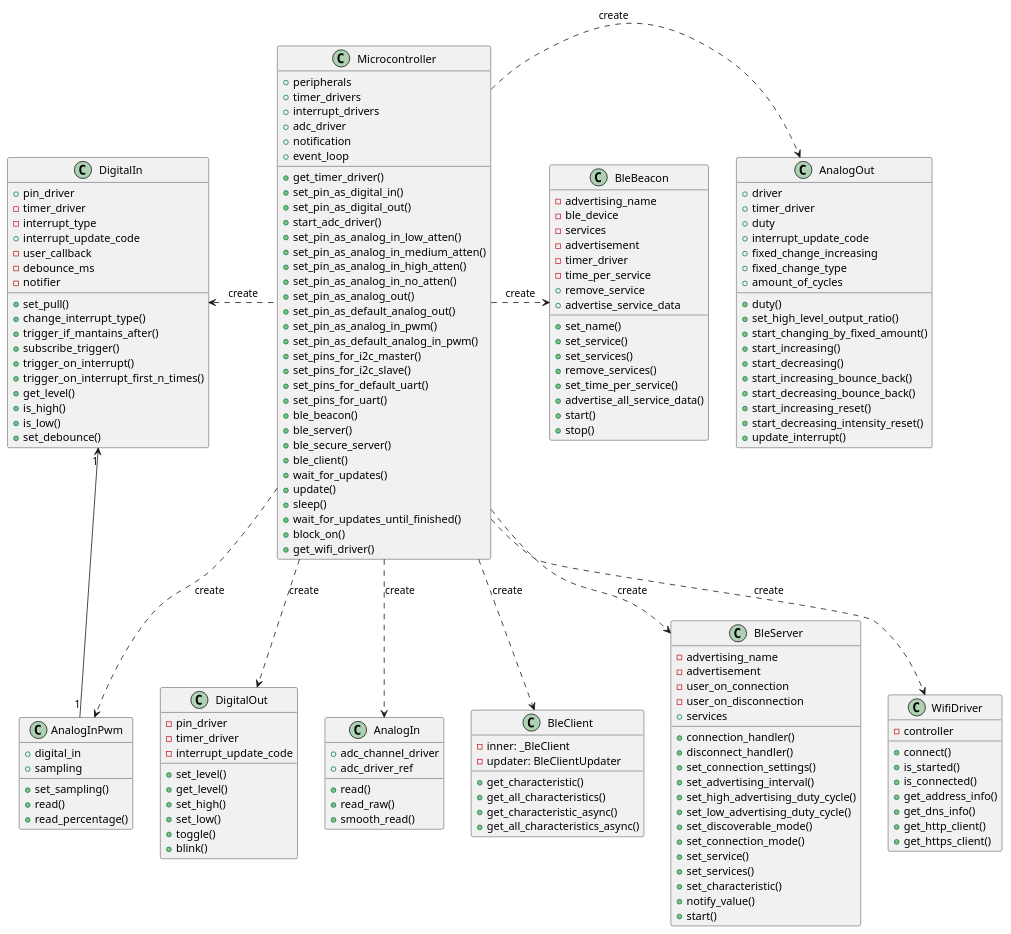
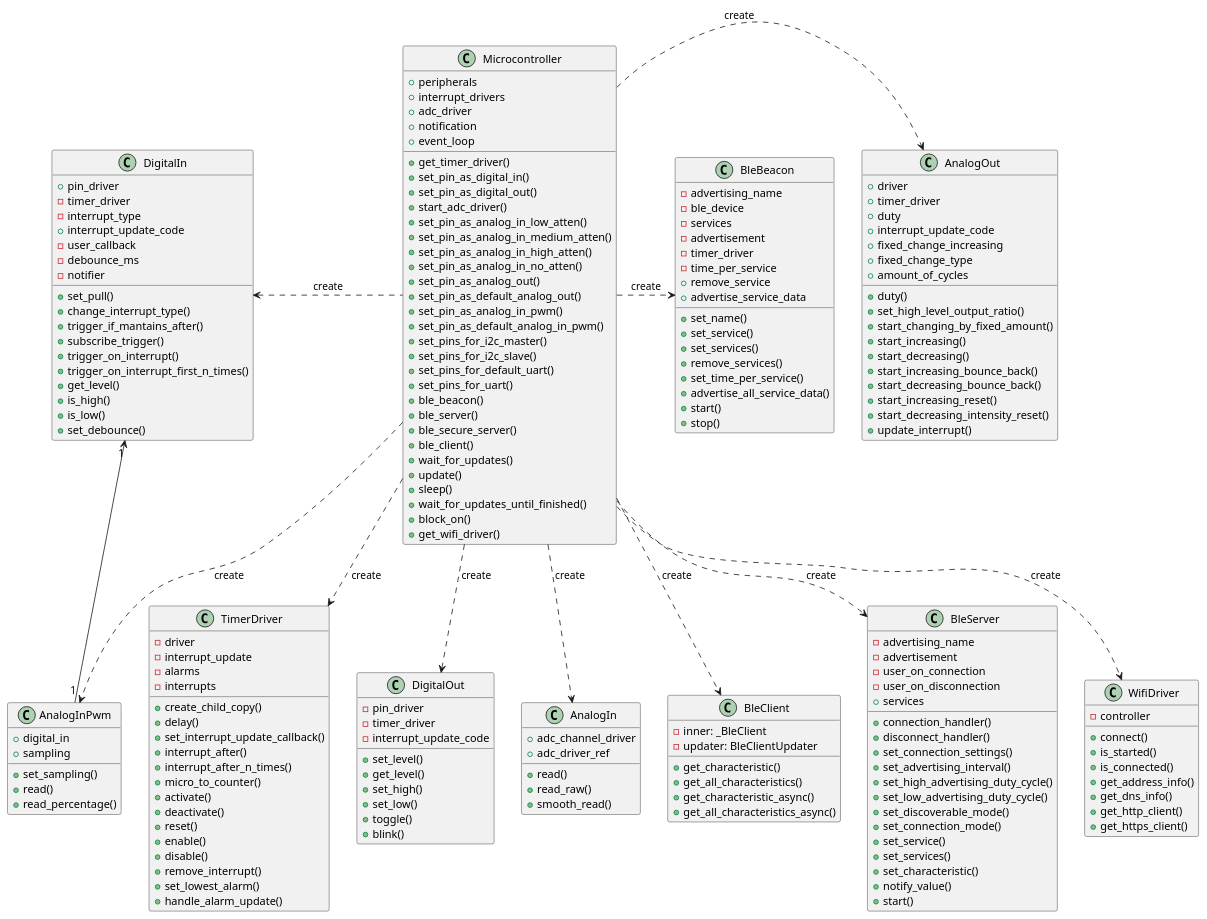
The diagram in diagrams/microcontroller-general.puml (esp32framework/esp32framework), drawn with PlantUML before and after one commit. The commit also changed 1 other file, not shown here.

Commit message:
timer driver diagrams

```diff
--- a/diagrams/microcontroller-general.puml
+++ b/diagrams/microcontroller-general.puml
@@ -1,178 +1,200 @@
 @startuml Microcontroller general
 
 class Microcontroller {
     + peripherals 
-    + timer_drivers 
     + interrupt_drivers 
     + adc_driver 
     + notification 
     + event_loop 
     + get_timer_driver()  
     + set_pin_as_digital_in()  
     + set_pin_as_digital_out()  
     + start_adc_driver()
     + set_pin_as_analog_in_low_atten() 
     + set_pin_as_analog_in_medium_atten() 
     + set_pin_as_analog_in_high_atten() 
     + set_pin_as_analog_in_no_atten() 
     + set_pin_as_analog_out() 
     + set_pin_as_default_analog_out() 
     + set_pin_as_analog_in_pwm() 
     + set_pin_as_default_analog_in_pwm() 
     + set_pins_for_i2c_master() 
     + set_pins_for_i2c_slave() 
     + set_pins_for_default_uart() 
     + set_pins_for_uart() 
     + ble_beacon() 
     + ble_server() 
     + ble_secure_server() 
     + ble_client() 
     + wait_for_updates()
     + update() 
     + sleep() 
     + wait_for_updates_until_finished()
     + block_on()
     + get_wifi_driver()
 }
+
+class TimerDriver{
+    -driver
+    -interrupt_update
+    -alarms
+    -interrupts
+    +create_child_copy()
+    +delay()
+    +set_interrupt_update_callback()
+    +interrupt_after()
+    +interrupt_after_n_times()
+    +micro_to_counter()
+    +activate()
+    +deactivate()
+    +reset()
+    +enable()
+    +disable()
+    +remove_interrupt()
+    +set_lowest_alarm()
+    +handle_alarm_update()
+}
+
 
 class DigitalIn{
     + pin_driver 
     - timer_driver 
     - interrupt_type
     + interrupt_update_code 
     - user_callback
     - debounce_ms 
     - notifier
     + set_pull() 
     + change_interrupt_type() 
     + trigger_if_mantains_after() 
     + subscribe_trigger() 
     + trigger_on_interrupt() 
     + trigger_on_interrupt_first_n_times() 
     + get_level() 
     + is_high() 
     + is_low() 
     + set_debounce() 
 }
 
 class DigitalOut{
     - pin_driver
     - timer_driver
     - interrupt_update_code
     + set_level() 
     + get_level() 
     + set_high() 
     + set_low() 
     + toggle() 
     + blink() 
 }
 
 class AnalogInPwm {
     + digital_in 
     + sampling 
     + set_sampling() 
     + read() 
     + read_percentage() 
 }
 
 class AnalogIn {
     + adc_channel_driver
     + adc_driver_ref
     + read() 
     + read_raw() 
     + smooth_read() 
 }
 
 class AnalogOut {
     + driver
     + timer_driver
     + duty
     + interrupt_update_code
     + fixed_change_increasing
     + fixed_change_type
     + amount_of_cycles
     + duty()
     + set_high_level_output_ratio()
     + start_changing_by_fixed_amount()
     + start_increasing()
     + start_decreasing()
     + start_increasing_bounce_back()
     + start_decreasing_bounce_back()
     + start_increasing_reset()
     + start_decreasing_intensity_reset()
     + update_interrupt()
 }
 
 class BleBeacon{
     - advertising_name
     - ble_device
     - services
     - advertisement
     - timer_driver
     - time_per_service
     + set_name()
     + set_service()
     + set_services()
     + remove_service
     + remove_services()
     + advertise_service_data
     + set_time_per_service()
     + advertise_all_service_data()
     + start()
     + stop()
 }
 
 class BleClient {
     -inner: _BleClient
     -updater: BleClientUpdater
     + get_characteristic()
     + get_all_characteristics()
     + get_characteristic_async()
     + get_all_characteristics_async()
 }
 
 
 class BleServer{
     -advertising_name
     -advertisement   
     -user_on_connection
     -user_on_disconnection
     +services          
     +connection_handler()
     +disconnect_handler()
     +set_connection_settings()
     +set_advertising_interval()
     +set_high_advertising_duty_cycle()
     +set_low_advertising_duty_cycle()
     +set_discoverable_mode()
     +set_connection_mode()
     +set_service()
     +set_services()
     +set_characteristic()
     +notify_value()
     +start()
 }
 
 class WifiDriver{
     -controller
     +connect()
     +is_started()
     +is_connected()
     +get_address_info()
     +get_dns_info()
     +get_http_client()
     +get_https_client()
 }
 
 Microcontroller ..> DigitalOut: create
 Microcontroller ..> AnalogIn: create
 Microcontroller .left.> DigitalIn: create
 Microcontroller ..> AnalogInPwm: create
 Microcontroller .> AnalogOut: create
 Microcontroller .> BleBeacon: create
 Microcontroller ..> BleClient: create
 Microcontroller ..> BleServer: create
 Microcontroller ..> WifiDriver: create
+Microcontroller ..> TimerDriver: create
 AnalogInPwm "1" --> "1" DigitalIn
 
 @enduml
```
